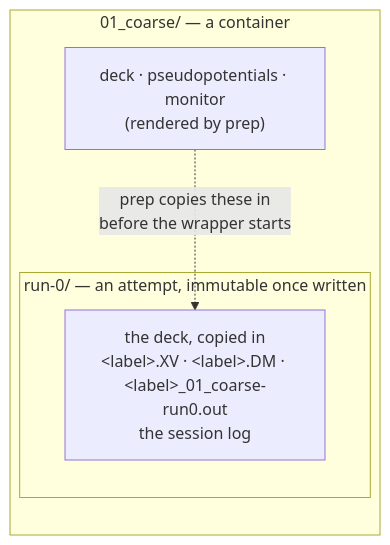
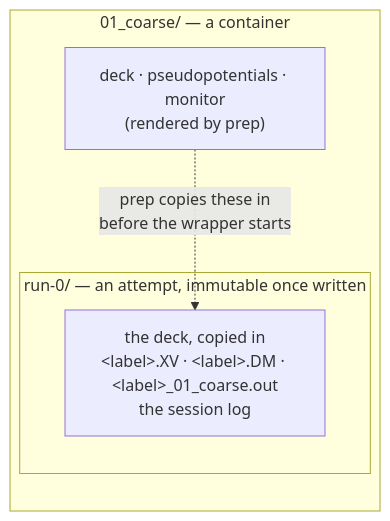
The third of 4 diagrams in docs/execution/worked-example.md (Qing-LAB/molbuilder), drawn with Mermaid before and after one commit. The commit also changed 122 other files, not shown here.

````diff
--- a/docs/execution/worked-example.md
+++ b/docs/execution/worked-example.md
@@ -236,11 +236,11 @@
 ```mermaid
 flowchart TB
     subgraph C["01_coarse/  — a container"]
       direction TB
       L["deck · pseudopotentials · monitor<br/>(rendered by prep)"]
       subgraph R0["run-0/  — an attempt, immutable once written"]
-        O["the deck, copied in<br/>&lt;label&gt;.XV · &lt;label&gt;.DM · &lt;label&gt;_01_coarse-run0.out<br/>the session log"]
+        O["the deck, copied in<br/>&lt;label&gt;.XV · &lt;label&gt;.DM · &lt;label&gt;_01_coarse.out<br/>the session log"]
       end
     end
     L -.->|"prep copies these in<br/>before the wrapper starts"| O
 ```
````
